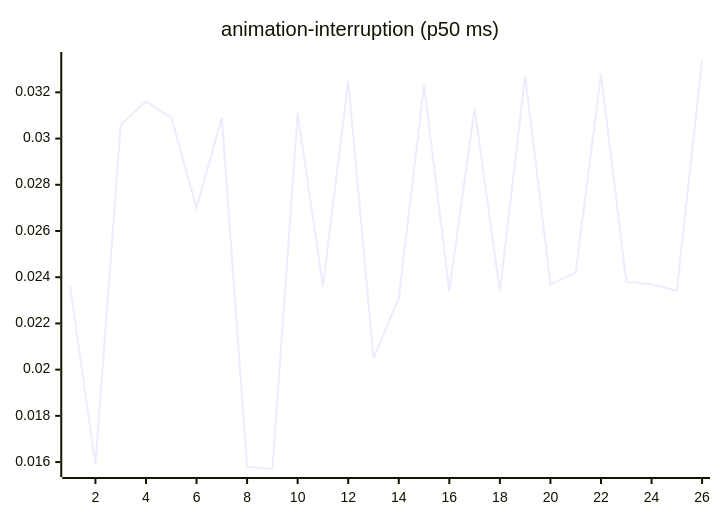
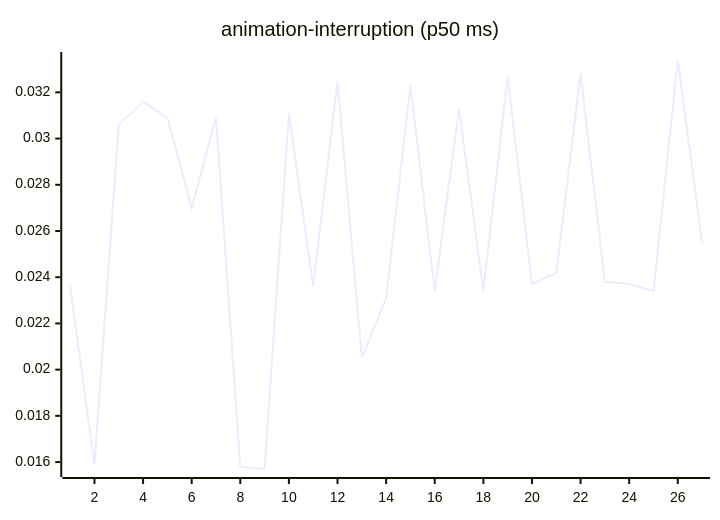
Before and after one commit to josha/Facet: the third of 27 diagrams in README.md, drawn with Mermaid. The commit also changed other lines of this file and 2 other files, not shown here.

````diff
--- a/README.md
+++ b/README.md
@@ -77,6 +77,6 @@
 ```mermaid
 xychart-beta
     title "animation-interruption (p50 ms)"
-    x-axis 1 --> 26
-    line [0.0236, 0.0159, 0.0306, 0.0316, 0.0309, 0.0270, 0.0309, 0.0158, 0.0157, 0.0311, 0.0236, 0.0325, 0.0205, 0.0231, 0.0323, 0.0234, 0.0313, 0.0234, 0.0327, 0.0237, 0.0242, 0.0328, 0.0238, 0.0237, 0.0234, 0.0334]
+    x-axis 1 --> 27
+    line [0.0236, 0.0159, 0.0306, 0.0316, 0.0309, 0.0270, 0.0309, 0.0158, 0.0157, 0.0311, 0.0236, 0.0325, 0.0205, 0.0231, 0.0323, 0.0234, 0.0313, 0.0234, 0.0327, 0.0237, 0.0242, 0.0328, 0.0238, 0.0237, 0.0234, 0.0334, 0.0255]
 ```
````
